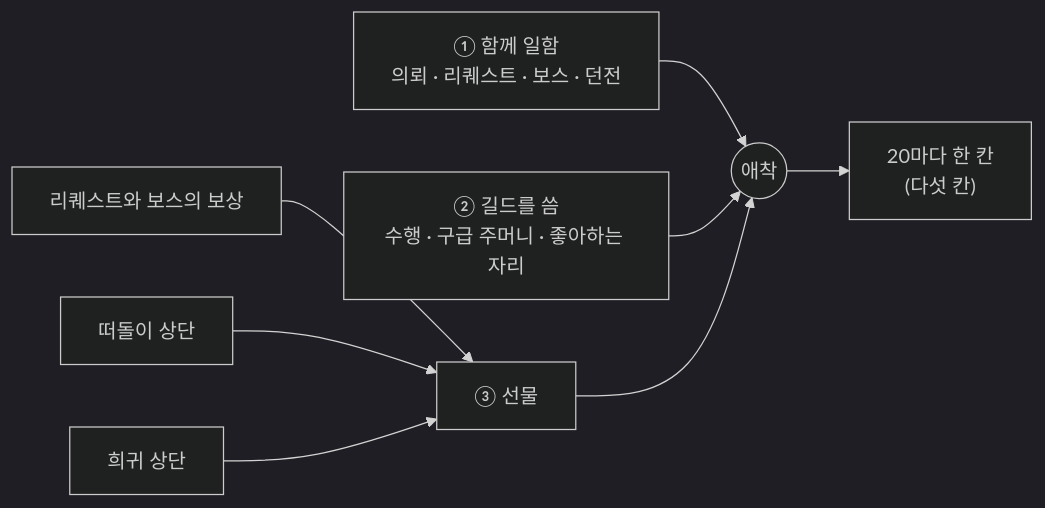
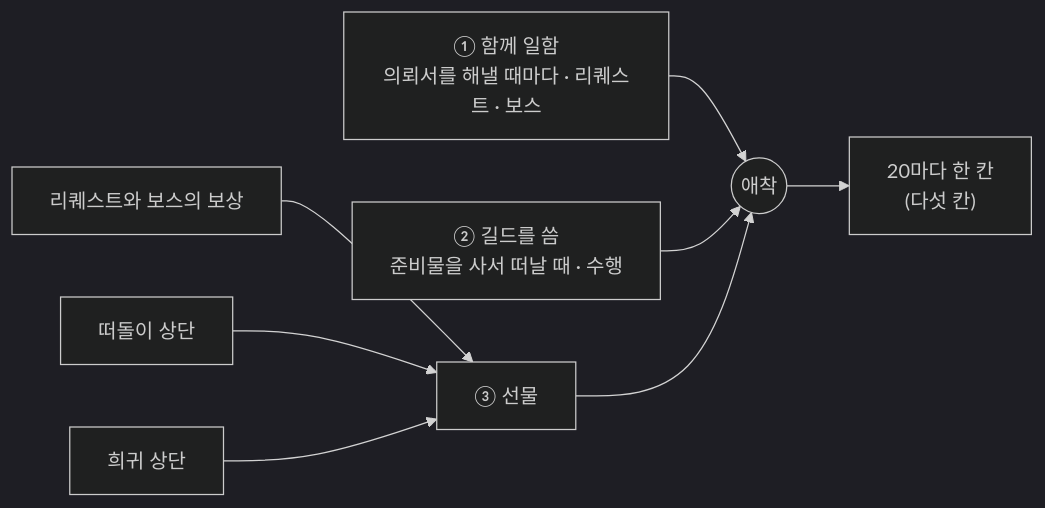
Before and after one commit to applesoda01/Project_F: the diagram in docs/book-v6/src/ch03/attachment.md, drawn with Mermaid (dark theme). The commit also changed other lines of this file and 112 other files, not shown here.

````diff
--- a/docs/book-v6/src/ch03/attachment.md
+++ b/docs/book-v6/src/ch03/attachment.md
@@ -251,10 +258,10 @@
 ```mermaid
 flowchart LR
-  W1["① 함께 일함<br/>의뢰 · 리퀘스트 · 보스 · 던전"] --> A(("애착"))
-  W2["② 길드를 씀<br/>수행 · 구급 주머니 · 좋아하는 자리"] --> A
+  W1["① 함께 일함<br/>의뢰서를 해낼 때마다 · 리퀘스트 · 보스"] --> A(("애착"))
+  W2["② 길드를 씀<br/>준비물을 사서 떠날 때 · 수행"] --> A
   G1["리퀘스트와 보스의 보상"] --> G["③ 선물"]
   G2["떠돌이 상단"] --> G
   G3["희귀 상단"] --> G
   G --> A
   A --> R["20마다 한 칸<br/>(다섯 칸)"]
 ```
````
